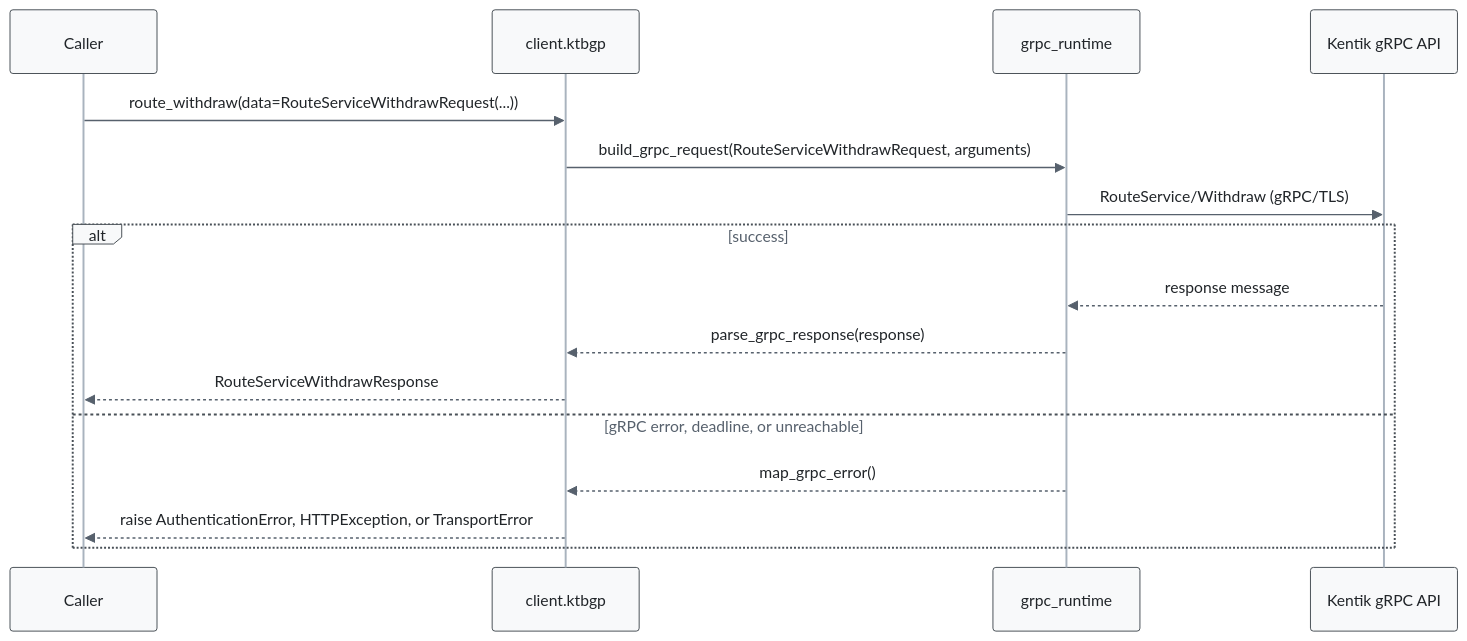
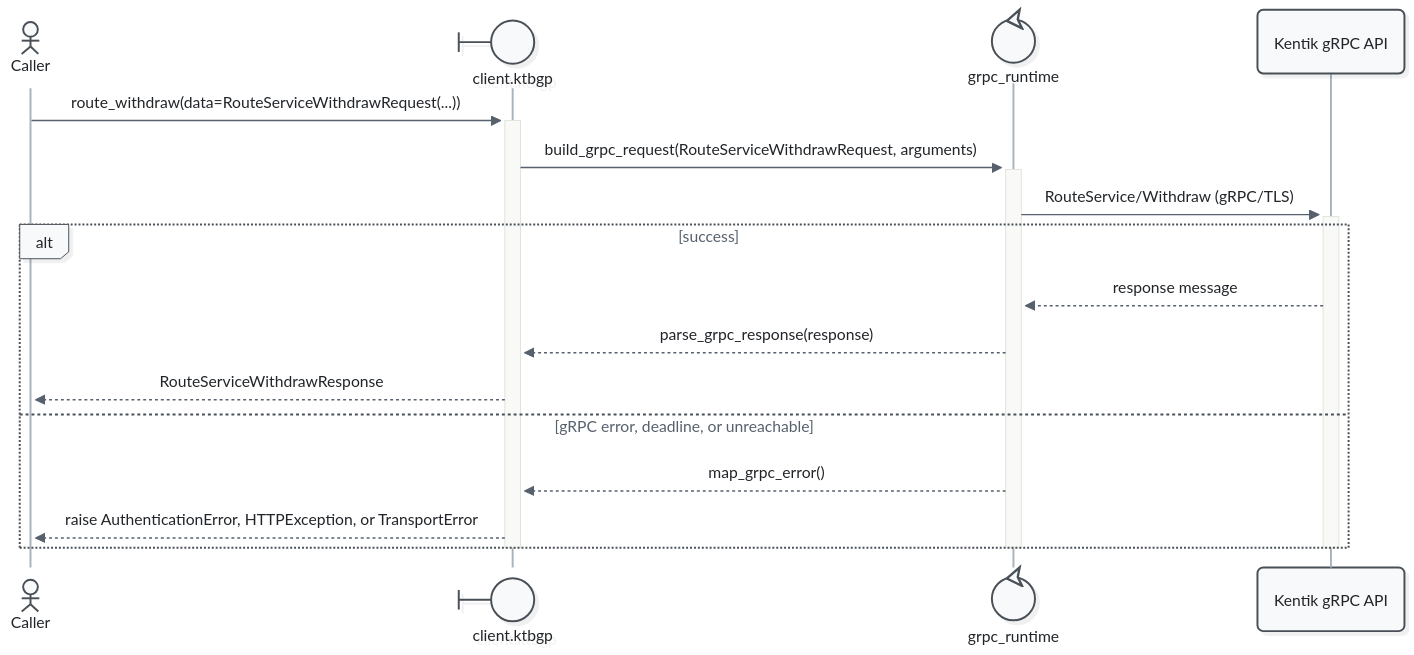
The sixth of 7 diagrams in docs/sphinx/services/ktbgp.md (alexdearaujo/community_sdk_python), drawn with Mermaid before and after one commit. The commit also changed other lines of this file and 52 other files, not shown here.

First line of the commit message:
docs: Mermaid 12 sequence diagrams with participant types and path colors

````diff
--- a/docs/sphinx/services/ktbgp.md
+++ b/docs/sphinx/services/ktbgp.md
@@ -207,20 +219,23 @@
 ```mermaid
-%%{init: {"theme": "base", "fontFamily": "ui-monospace, SFMono-Regular, Menlo, monospace", "themeVariables": {"fontFamily": "ui-monospace, SFMono-Regular, Menlo, monospace", "primaryColor": "#f8f9fa", "primaryBorderColor": "#495057", "primaryTextColor": "#212529", "textColor": "#212529", "lineColor": "#77818c", "edgeLabelBackground": "#ffffff", "actorBkg": "#f8f9fa", "actorBorder": "#495057", "actorTextColor": "#212529", "actorLineColor": "#a9b3be", "signalColor": "#57616d", "signalTextColor": "#212529", "labelBoxBkgColor": "#f8f9fa", "labelBoxBorderColor": "#495057", "labelTextColor": "#212529", "loopTextColor": "#57616d", "noteBkgColor": "#fff9db", "noteBorderColor": "#f08c00", "noteTextColor": "#a35a00"}, "flowchart": {"curve": "step", "nodeSpacing": 30, "rankSpacing": 70, "wrappingWidth": 400}}}%%
+%%{init: {"theme": "redux", "look": "neo", "layout": "dagre", "fontFamily": "ui-monospace, SFMono-Regular, Menlo, monospace", "themeVariables": {"fontFamily": "ui-monospace, SFMono-Regular, Menlo, monospace", "primaryColor": "#f8f9fa", "primaryBorderColor": "#495057", "primaryTextColor": "#212529", "textColor": "#212529", "lineColor": "#77818c", "edgeLabelBackground": "#ffffff", "actorBkg": "#f8f9fa", "actorBorder": "#495057", "actorTextColor": "#212529", "actorLineColor": "#a9b3be", "signalColor": "#57616d", "signalTextColor": "#212529", "labelBoxBkgColor": "#f8f9fa", "labelBoxBorderColor": "#495057", "labelTextColor": "#212529", "loopTextColor": "#57616d", "noteBkgColor": "#fff9db", "noteBorderColor": "#f08c00", "noteTextColor": "#a35a00"}, "sequence": {"activationWidth": 16}, "flowchart": {"curve": "step", "nodeSpacing": 30, "rankSpacing": 70, "wrappingWidth": 400}}}%%
 sequenceDiagram
-    participant C as Caller
-    participant W as client.ktbgp
-    participant R as grpc_runtime
+    actor C as Caller
+    participant W@{ "type": "boundary" } as client.ktbgp
+    participant R@{ "type": "control" } as grpc_runtime
     participant API as Kentik gRPC API
 
-    C->>W: route_withdraw(data=RouteServiceWithdrawRequest(...))
-    W->>R: build_grpc_request(RouteServiceWithdrawRequest, arguments)
-    R->>API: RouteService/Withdraw (gRPC/TLS)
+    C->>+W: route_withdraw(data=RouteServiceWithdrawRequest(...))
+    W->>+R: build_grpc_request(RouteServiceWithdrawRequest, arguments)
+    R->>+API: RouteService/Withdraw (gRPC/TLS)
     alt success
         API-->>R: response message
         R-->>W: parse_grpc_response(response)
         W-->>C: RouteServiceWithdrawResponse
     else gRPC error, deadline, or unreachable
         R-->>W: map_grpc_error()
         W-->>C: raise AuthenticationError, HTTPException, or TransportError
     end
+    deactivate API
+    deactivate R
+    deactivate W
 ```
````
